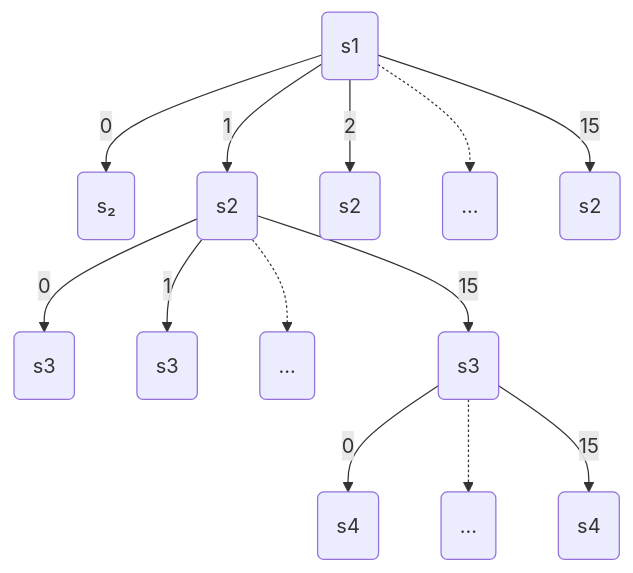
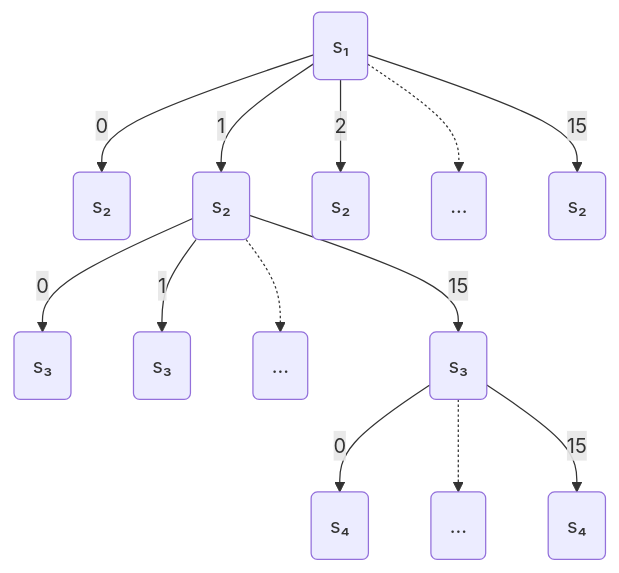
The diagram in content/posts/dice24/dice24_rps_casino.md (Tsumiiiiiiii/Tsumiiiiiiii.github.io), drawn with Mermaid before and after one commit.

```diff
--- a/content/posts/dice24/dice24_rps_casino.md
+++ b/content/posts/dice24/dice24_rps_casino.md
@@ -254,15 +254,15 @@
 {{< mermaid >}}
 flowchart TD;
-  A(s1) -->|0| B("s₂")
-  A -->|1| C(s2)
-  A -->|2| D(s2)
+  A("s₁") -->|0| B("s₂")
+  A -->|1| C("s₂")
+  A -->|2| D("s₂")
   A -.->  SK1(...)
-  A -->|15| F(s2)
-  C --> |0| G(s3)
-  C --> |1| H(s3)
+  A -->|15| F("s₂")
+  C --> |0| G("s₃")
+  C --> |1| H("s₃")
   C -.->  SK2(...)
-  C --> |15| I(s3)
-  I --> |0| J(s4)
+  C --> |15| I("s₃")
+  I --> |0| J("s₄")
   I -.-> SK3(...)
-  I --> |15| K(s4)
+  I --> |15| K("s₄")
 {{< /mermaid >}}
```
